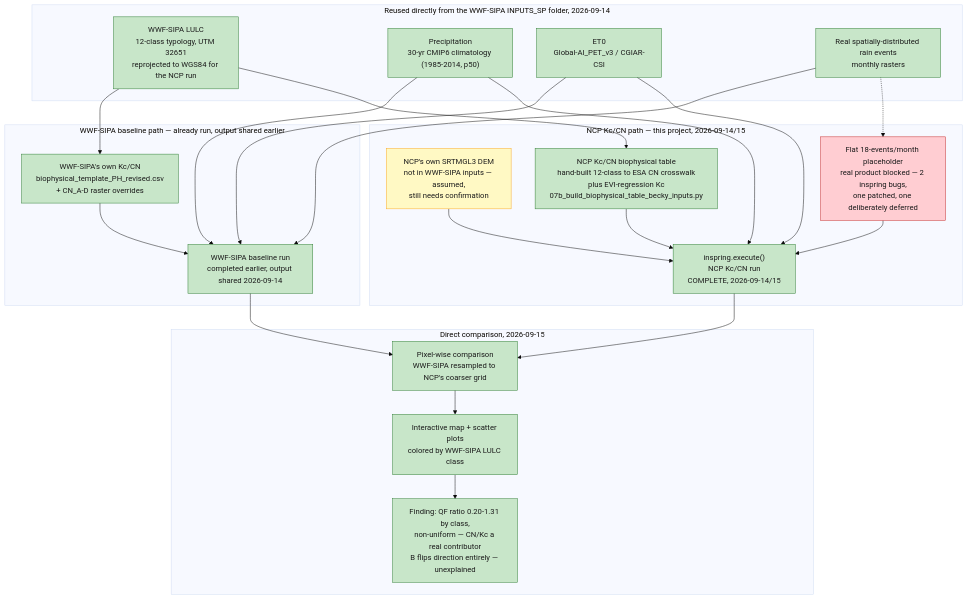
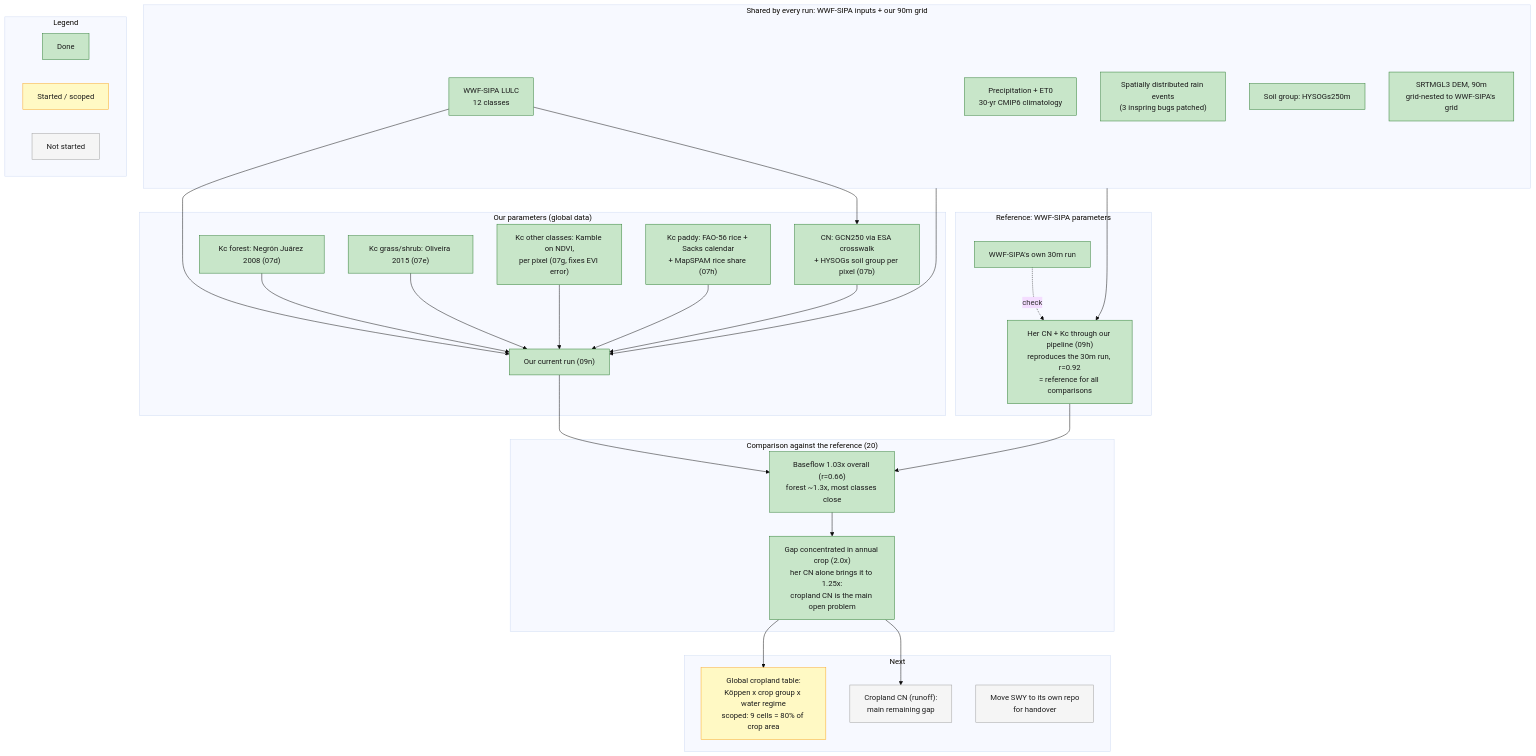
The diagram in docs/swy/workflow_philippines.md (springinnovate/global_NCP), drawn with Mermaid (base theme) before and after one commit. The commit also changed other lines of this file and 62 other files, not shown here.

First line of the commit message:
SWY Philippines: per-pixel Kc, CN/Kc comparison against a 90m reference, global cropland scoping

````diff
--- a/docs/swy/workflow_philippines.md
+++ b/docs/swy/workflow_philippines.md
@@ -11,47 +7,62 @@
 ```mermaid
 flowchart TD
-    subgraph SHARED["Reused directly from the WWF-SIPA INPUTS_SP folder, 2026-09-14"]
-        LULC["WWF-SIPA LULC<br/>12-class typology, UTM 32651<br/>reprojected to WGS84 for the NCP run"]:::done
-        PRECIP["Precipitation<br/>30-yr CMIP6 climatology (1985-2014, p50)"]:::done
-        ET0["ET0<br/>Global-AI_PET_v3 / CGIAR-CSI"]:::done
-        RAINEV["Real spatially-distributed rain events<br/>monthly rasters"]:::done
+    subgraph SHARED["Shared by every run: WWF-SIPA inputs + our 90m grid"]
+        LULC["WWF-SIPA LULC<br/>12 classes"]:::done
+        CLIM["Precipitation + ET0<br/>30-yr CMIP6 climatology"]:::done
+        RAINEV["Spatially distributed rain events<br/>(3 inspring bugs patched)"]:::done
+        SOIL["Soil group: HYSOGs250m"]:::done
+        DEM["SRTMGL3 DEM, 90m<br/>grid-nested to WWF-SIPA's grid"]:::done
     end
 
-    subgraph BASELINE["WWF-SIPA baseline path — already run, output shared earlier"]
-        BASECNKC["WWF-SIPA's own Kc/CN<br/>biophysical_template_PH_revised.csv<br/>+ CN_A-D raster overrides"]:::done
-        BASERUN["WWF-SIPA baseline run<br/>completed earlier, output shared 2026-09-14"]:::done
+    subgraph REF["Reference: WWF-SIPA parameters"]
+        HER30["WWF-SIPA's own 30m run"]:::done
+        REFRUN["Her CN + Kc through our pipeline (09h)<br/>reproduces the 30m run, r=0.92<br/>= reference for all comparisons"]:::done
     end
 
-    subgraph NCPPATH["NCP Kc/CN path — this project, 2026-09-14/15"]
-        DEM["NCP's own SRTMGL3 DEM<br/>not in WWF-SIPA inputs — assumed,<br/>still needs confirmation"]:::progress
-        CROSSWALK["NCP Kc/CN biophysical table<br/>hand-built 12-class to ESA CN crosswalk<br/>plus EVI-regression Kc<br/>07b_build_biophysical_table_becky_inputs.py"]:::done
-        PLACEHOLDER["Flat 18-events/month placeholder<br/>real product blocked — 2 inspring bugs,<br/>one patched, one deliberately deferred"]:::blocked
-        NCPRUN["inspring.execute()<br/>NCP Kc/CN run<br/>COMPLETE, 2026-09-14/15"]:::done
+    subgraph OURS["Our parameters (global data)"]
+        CN["CN: GCN250 via ESA crosswalk<br/>+ HYSOGs soil group per pixel (07b)"]:::done
+        KCF["Kc forest: Negrón Juárez 2008 (07d)"]:::done
+        KCG["Kc grass/shrub: Oliveira 2015 (07e)"]:::done
+        KCN["Kc other classes: Kamble on NDVI,<br/>per pixel (07g, fixes EVI error)"]:::done
+        KCP["Kc paddy: FAO-56 rice + Sacks calendar<br/>+ MapSPAM rice share (07h)"]:::done
+        OURRUN["Our current run (09n)"]:::done
     end
 
-    subgraph COMPARE["Direct comparison, 2026-09-15"]
-        PIXEL["Pixel-wise comparison<br/>WWF-SIPA resampled to NCP's coarser grid"]:::done
-        MAPS["Interactive map + scatter plots<br/>colored by WWF-SIPA LULC class"]:::done
-        FINDING["Finding: QF ratio 0.20-1.31 by class,<br/>non-uniform — CN/Kc a real contributor<br/>B flips direction entirely — unexplained"]:::done
+    subgraph RESULT["Comparison against the reference (20)"]
+        OVERALL["Baseflow 1.03x overall (r=0.66)<br/>forest ~1.3x, most classes close"]:::done
+        CROP["Gap concentrated in annual crop (2.0x)<br/>her CN alone brings it to 1.25x:<br/>cropland CN is the main open problem"]:::done
     end
 
-    LULC --> BASECNKC
-    LULC --> CROSSWALK
-    PRECIP --> BASERUN
-    PRECIP --> NCPRUN
-    ET0 --> BASERUN
-    ET0 --> NCPRUN
-    RAINEV --> BASERUN
-    RAINEV -.-> PLACEHOLDER
-    BASECNKC --> BASERUN
-    DEM --> NCPRUN
-    CROSSWALK --> NCPRUN
-    PLACEHOLDER --> NCPRUN
-    BASERUN --> PIXEL
-    NCPRUN --> PIXEL
-    PIXEL --> MAPS --> FINDING
+    subgraph NEXT["Next"]
+        CROPCN["Cropland CN (runoff):<br/>main remaining gap"]:::todo
+        TABLE["Global cropland table:<br/>Köppen x crop group x water regime<br/>scoped: 9 cells = 80% of crop area"]:::progress
+        REPO["Move SWY to its own repo<br/>for handover"]:::todo
+    end
+
+    LULC --> CN
+    LULC --> OURRUN
+    SHARED --> REFRUN
+    HER30 -.->|check| REFRUN
+    KCF --> OURRUN
+    KCG --> OURRUN
+    KCN --> OURRUN
+    KCP --> OURRUN
+    CN --> OURRUN
+    SHARED --> OURRUN
+    REFRUN --> OVERALL
+    OURRUN --> OVERALL
+    OVERALL --> CROP
+    CROP --> CROPCN
+    CROP --> TABLE
+
+    subgraph LEGEND["Legend"]
+        direction LR
+        LDONE["Done"]:::done
+        LPROG["Started / scoped"]:::progress
+        LTODO["Not started"]:::todo
+    end
 
     classDef done fill:#c8e6c9,stroke:#2e7d32,color:#1b1b1b
     classDef progress fill:#fff9c4,stroke:#f9a825,color:#1b1b1b
-    classDef blocked fill:#ffcdd2,stroke:#c62828,color:#1b1b1b
+    classDef todo fill:#f5f5f5,stroke:#9e9e9e,color:#1b1b1b
 ```
````
